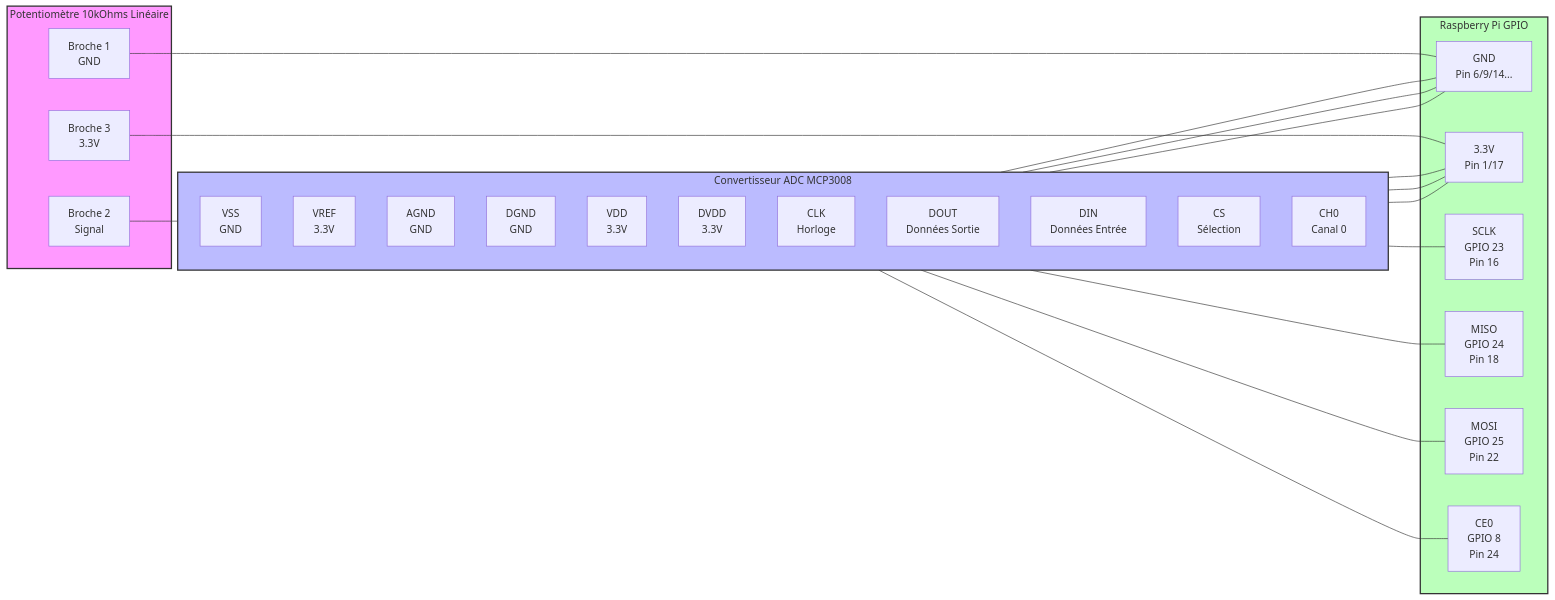
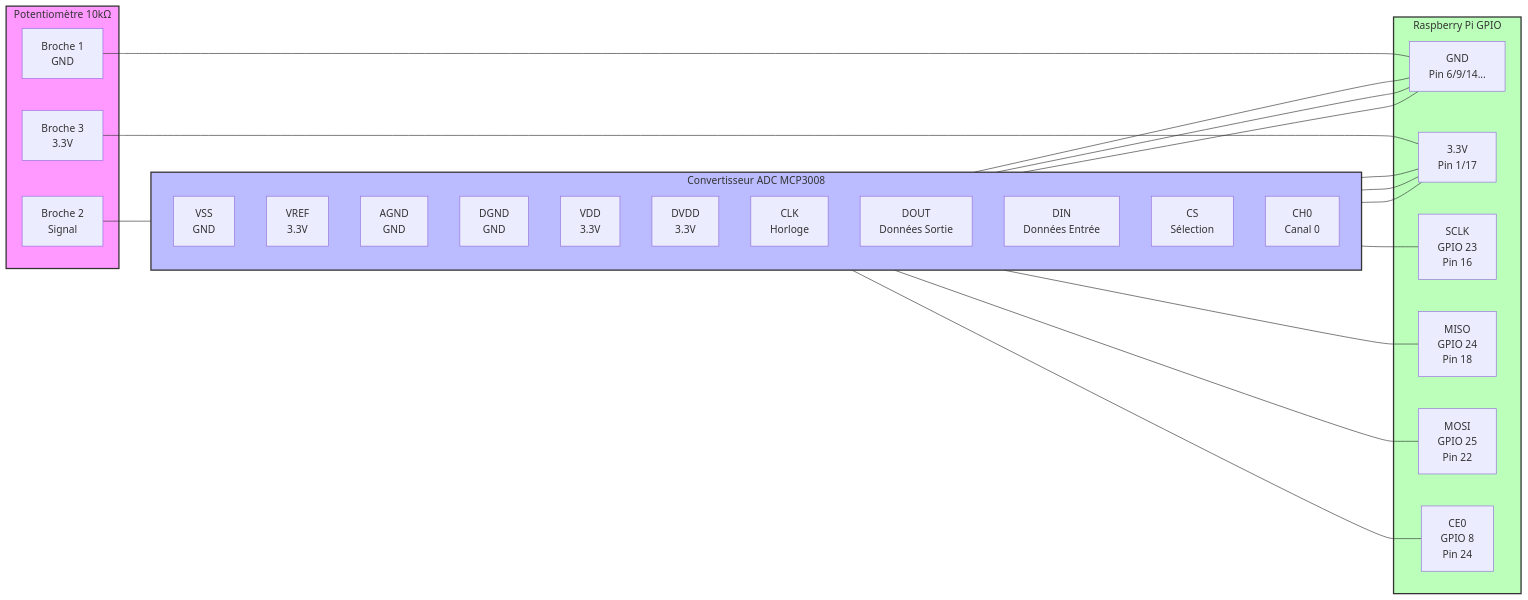
One commit to Sphinkie/VintageRadio changed the diagram in hardware/BillOfMaterial.md. Above: the diagram before and after it, drawn with Mermaid. The commit also changed other lines of this file and 1 other file, not shown here.

````diff
--- a/hardware/BillOfMaterial.md
+++ b/hardware/BillOfMaterial.md
@@ -66,59 +66,59 @@
 ```mermaid
 graph LR
-    subgraph Potentiometre_10k [Potentiomètre 10kOhms Linéaire]
+    subgraph Potentiometre_10k [Potentiomètre 10kΩ]
         P1[Broche 1<br/>GND]
         P2[Broche 2<br/>Signal]
         P3[Broche 3<br/>3.3V]
     end
 
     subgraph MCP3008 [Convertisseur ADC MCP3008]
         direction TB
         VSS[VSS<br/>GND]
         VREF[VREF<br/>3.3V]
         AGND[AGND<br/>GND]
         DGND[DGND<br/>GND]
         VDD[VDD<br/>3.3V]
         DVDD[DVDD<br/>3.3V]
         CLK[CLK<br/>Horloge]
         DOUT[DOUT<br/>Données Sortie]
         DIN[DIN<br/>Données Entrée]
         CS[CS<br/>Sélection]
         CH0[CH0<br/>Canal 0]
     end
 
     subgraph Raspberry_Pi [Raspberry Pi GPIO]
         GND_PI[GND<br/>Pin 6/9/14...]
         V33[3.3V<br/>Pin 1/17]
         SCLK[SCLK<br/>GPIO 23<br/>Pin 16]
         MISO[MISO<br/>GPIO 24<br/>Pin 18]
         MOSI[MOSI<br/>GPIO 25<br/>Pin 22]
         CE0[CE0<br/>GPIO 8<br/>Pin 24]
     end
 
     %% Connexions Alimentation & Masse
     P1 --- GND_PI
     P3 --- V33
     
     VSS --- GND_PI
     AGND --- GND_PI
     DGND --- GND_PI
     
     VREF --- V33
     VDD --- V33
     DVDD --- V33
 
     %% Connexions Signal
     P2 --- CH0
 
     %% Connexions SPI
     CLK --- SCLK
     DOUT --- MISO
     DIN --- MOSI
     CS --- CE0
 
     %% Styles
     style Potentiometre_10k fill:#f9f,stroke:#333,stroke-width:2px
     style MCP3008 fill:#bbf,stroke:#333,stroke-width:2px
     style Raspberry_Pi fill:#bfb,stroke:#333,stroke-width:2px
 	
 ```
````
